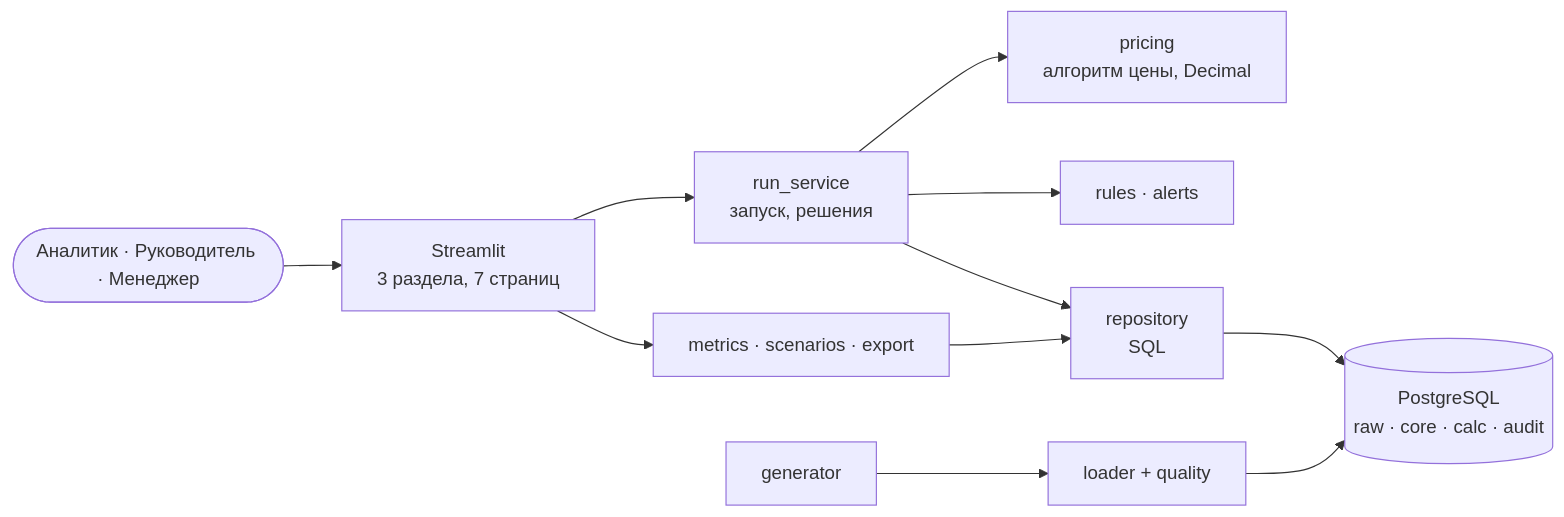
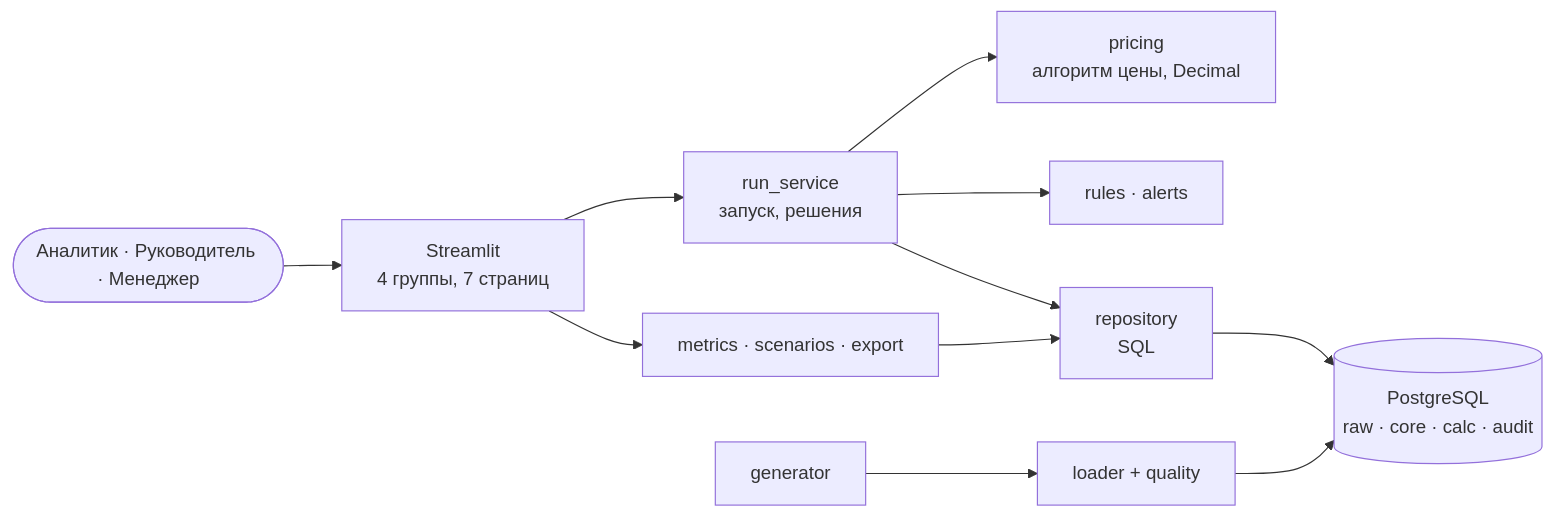
Before and after one commit to lubancho/price-margin-control: the diagram in README.md, drawn with Mermaid. The commit also changed other lines of this file and 27 other files, not shown here.

````diff
--- a/README.md
+++ b/README.md
@@ -54,11 +55,11 @@
 ```mermaid
 flowchart LR
-    U([Аналитик · Руководитель · Менеджер]) --> UI[Streamlit<br/>3 раздела, 7 страниц]
+    U([Аналитик · Руководитель · Менеджер]) --> UI[Streamlit<br/>4 группы, 7 страниц]
     UI --> RS[run_service<br/>запуск, решения]
     UI --> M[metrics · scenarios · export]
     RS --> P[pricing<br/>алгоритм цены, Decimal]
     RS --> R[rules · alerts]
     RS & M --> REPO[repository<br/>SQL]
     G[generator] --> L[loader + quality] --> DB
     REPO --> DB[(PostgreSQL<br/>raw · core · calc · audit)]
 ```
````
